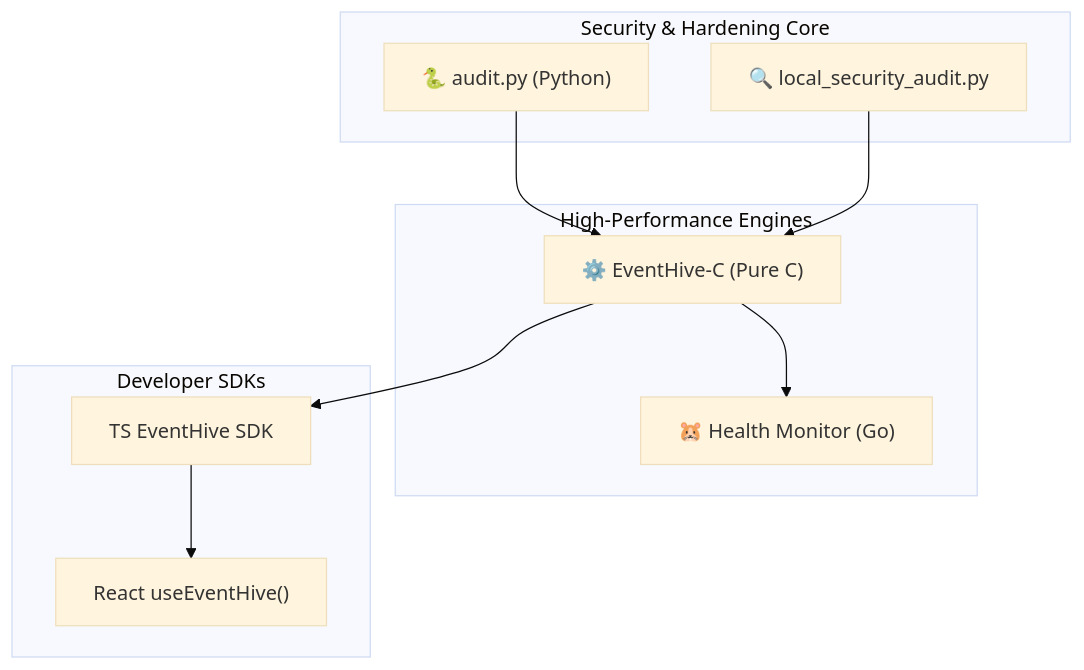
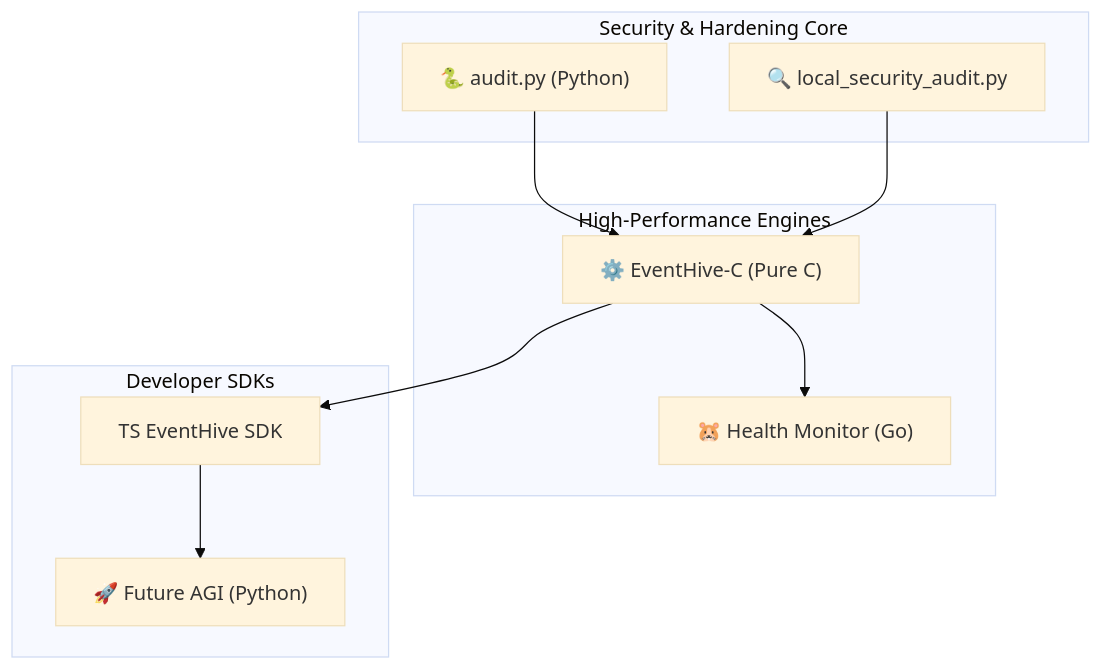
One commit to Raphasha27/AI-Agent changed the diagram in README.md. Above: the diagram before and after it, drawn with Mermaid (base theme). The commit also changed other lines of this file, not shown here.

Commit message:
docs: update README project table and architecture diagram to replace Client SDK with Future AGI

````diff
--- a/README.md
+++ b/README.md
@@ -56,23 +56,23 @@
 ```mermaid
 graph TD
     subgraph Core ["Security & Hardening Core"]
         Audit["🐍 audit.py (Python)"]
         Scanner["🔍 local_security_audit.py"]
     end
 
     subgraph Engines ["High-Performance Engines"]
         C_Engine["⚙️ EventHive-C (Pure C)"]
         Go_Monitor["🐹 Health Monitor (Go)"]
     end
 
     subgraph Integration ["Developer SDKs"]
         TS_SDK["TS EventHive SDK"]
-        React_Hooks["React useEventHive()"]
+        Future_AGI["🚀 Future AGI (Python)"]
     end
 
     Audit --> C_Engine
     Scanner --> C_Engine
     C_Engine --> Go_Monitor
     C_Engine --> TS_SDK
-    TS_SDK --> React_Hooks
+    TS_SDK --> Future_AGI
 ```
````
